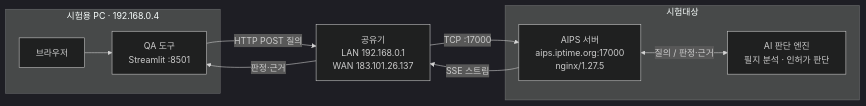
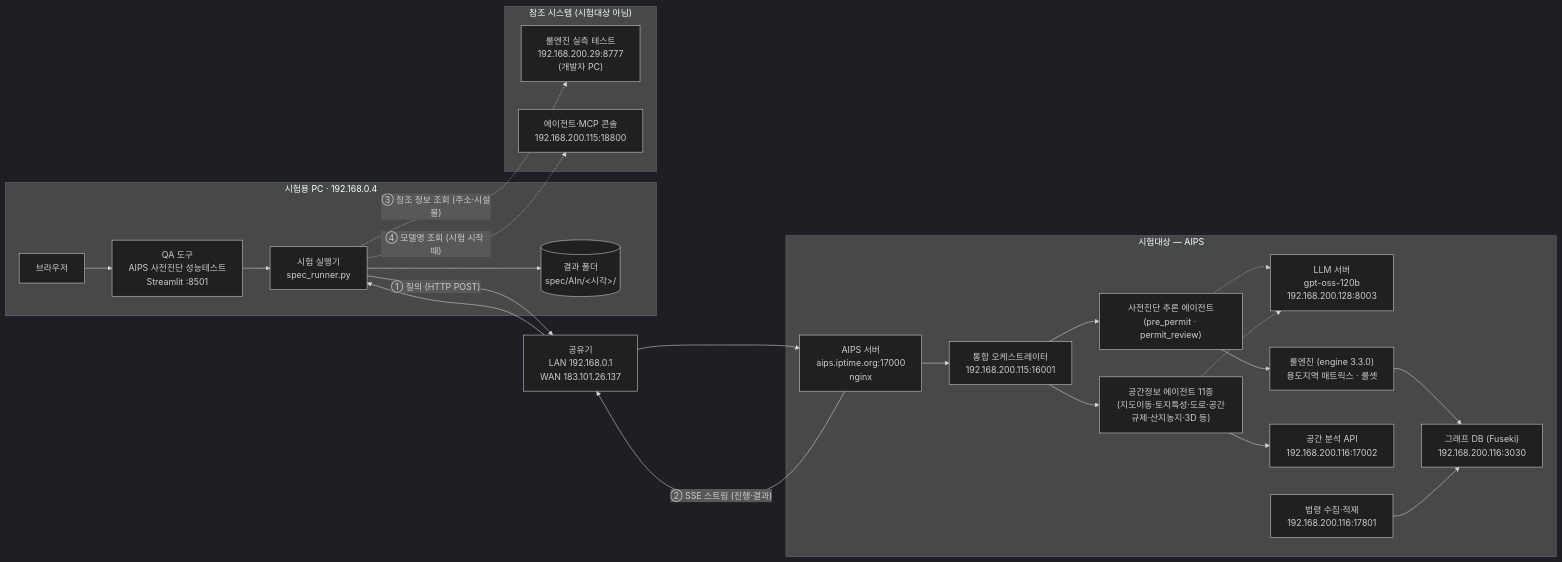
The first of 2 diagrams in SYSTEM_ARCHITECTURE.md (eunkyeoung/nipa_ai_eval), drawn with Mermaid (dark theme) before and after one commit. The commit also changed other lines of this file and 7 other files, not shown here.

````diff
--- a/SYSTEM_ARCHITECTURE.md
+++ b/SYSTEM_ARCHITECTURE.md
@@ -31,19 +15,41 @@
 ```mermaid
 flowchart LR
     subgraph PC["시험용 PC · 192.168.0.4"]
-        BR["브라우저"] --> APP["QA 도구<br/>Streamlit :8501"]
+        BR["브라우저"] --> APP["QA 도구<br/>AIPS 사전진단 성능테스트<br/>Streamlit :8501"]
+        APP --> RUN["시험 실행기<br/>spec_runner.py"]
+        RUN --> FS[("결과 폴더<br/>spec/AIn/&lt;시각&gt;/")]
     end
 
     RT["공유기<br/>LAN 192.168.0.1<br/>WAN 183.101.26.137"]
 
-    subgraph SUT["시험대상"]
-        WEB["AIPS 서버<br/>aips.iptime.org:17000<br/>nginx/1.27.5"]
-        AI["AI 판단 엔진<br/>필지 분석 · 인허가 판단"]
-        WEB <-- "질의 / 판정·근거" --> AI
+    subgraph SUT["시험대상 — AIPS"]
+        WEB["AIPS 서버<br/>aips.iptime.org:17000<br/>nginx"]
+        ORC["통합 오케스트레이터<br/>192.168.200.115:16001"]
+        PP["사전진단 추론 에이전트<br/>(pre_permit · permit_review)"]
+        SPA["공간정보 에이전트 11종<br/>(지도이동·토지특성·도로·공간규제·산지농지·3D 등)"]
+        LLM["LLM 서버<br/>gpt-oss-120b<br/>192.168.200.128:8003"]
+        ENG["룰엔진 (engine 3.3.0)<br/>용도지역 매트릭스 · 룰셋"]
+        GEO["공간 분석 API<br/>192.168.200.116:17002"]
+        LAW["법령 수집·적재<br/>192.168.200.116:17801"]
+        FUS["그래프 DB (Fuseki)<br/>192.168.200.116:3030"]
+        WEB --> ORC
+        ORC --> PP
+        ORC --> SPA
+        PP --> ENG
+        SPA --> GEO
+        PP -.-> LLM
+        SPA -.-> LLM
+        ENG --> FUS
+        LAW --> FUS
     end
 
-    APP -- "HTTP POST 질의" --> RT
-    RT -- "TCP :17000" --> WEB
-    WEB -- "SSE 스트림" --> RT
-    RT -- "판정·근거" --> APP
+    subgraph REF["참조 시스템 (시험대상 아님)"]
+        R8777["룰엔진 실측 테스트<br/>192.168.200.29:8777<br/>(개발자 PC)"]
+        CON["에이전트·MCP 콘솔<br/>192.168.200.115:18800"]
+    end
+
+    RUN -- "① 질의 (HTTP POST)" --> RT --> WEB
+    WEB -- "② SSE 스트림 (진행·결과)" --> RT --> RUN
+    RUN -. "③ 참조 정보 조회 (주소·시설물)" .-> R8777
+    RUN -. "④ 모델명 조회 (시험 시작 때)" .-> CON
 ```
````
